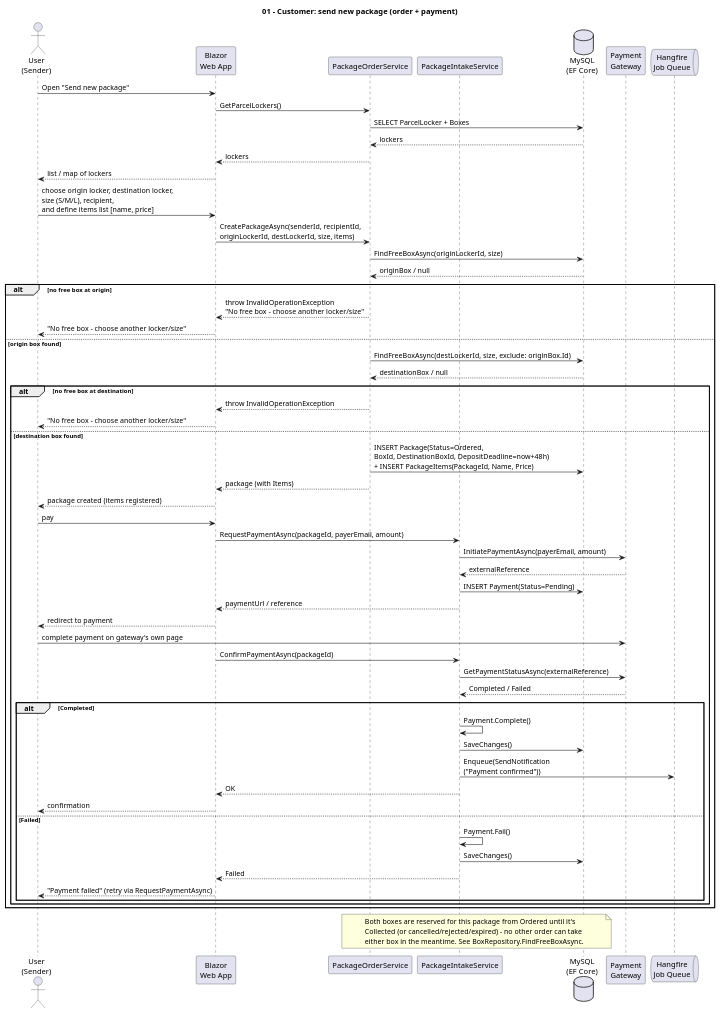
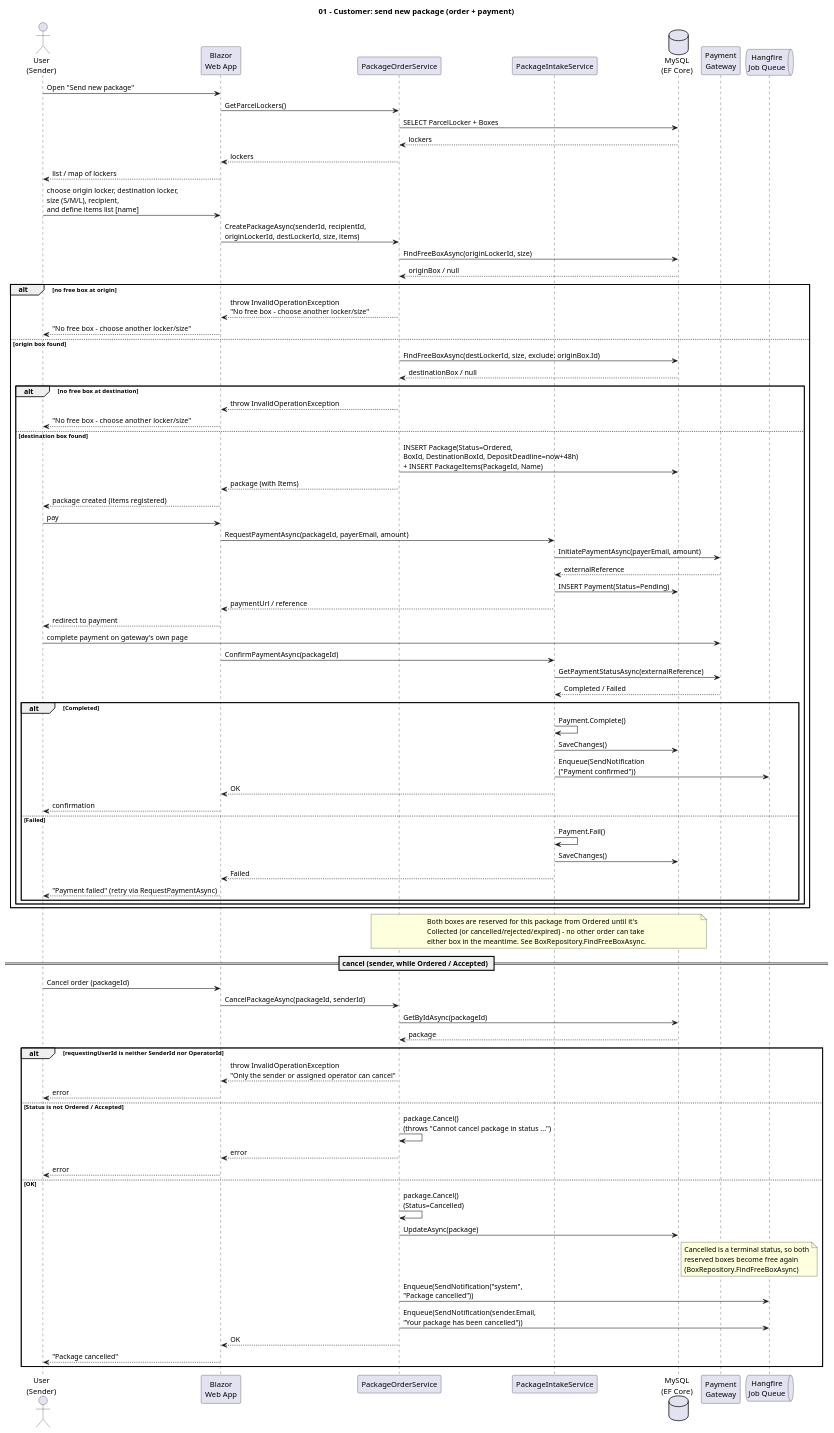
Before and after one commit to AGH-ISI-projects/package-management: the first of 6 diagrams in krzycha/docs/nowe/sekwencje/sequence-diagrams.puml, drawn with PlantUML. The commit also changed other lines of this file and 2 other files, not shown here.

Commit message:
diagramy ogarniete

```diff
--- a/krzycha/docs/nowe/sekwencje/sequence-diagrams.puml
+++ b/krzycha/docs/nowe/sekwencje/sequence-diagrams.puml
@@ -5,74 +5,101 @@
 @startuml 01-order-and-payment
 title 01 - Customer: send new package (order + payment)
 
 actor "User\n(Sender)" as Sender
 participant "Blazor\nWeb App" as Web
 participant "PackageOrderService" as OrderSvc
 participant "PackageIntakeService" as IntakeSvc
 database "MySQL\n(EF Core)" as DB
 participant "Payment\nGateway" as Gateway
 queue "Hangfire\nJob Queue" as Hangfire
 
 Sender -> Web: Open "Send new package"
 Web -> OrderSvc: GetParcelLockers()
 OrderSvc -> DB: SELECT ParcelLocker + Boxes
 DB --> OrderSvc: lockers
 OrderSvc --> Web: lockers
 Web --> Sender: list / map of lockers
 
-Sender -> Web: choose origin locker, destination locker,\nsize (S/M/L), recipient,\nand define items list [name, price]
+Sender -> Web: choose origin locker, destination locker,\nsize (S/M/L), recipient,\nand define items list [name]
 
 Web -> OrderSvc: CreatePackageAsync(senderId, recipientId,\noriginLockerId, destLockerId, size, items)
 OrderSvc -> DB: FindFreeBoxAsync(originLockerId, size)
 DB --> OrderSvc: originBox / null
 
 alt no free box at origin
     OrderSvc --> Web: throw InvalidOperationException\n"No free box - choose another locker/size"
     Web --> Sender: "No free box - choose another locker/size"
 else origin box found
     OrderSvc -> DB: FindFreeBoxAsync(destLockerId, size, exclude: originBox.Id)
     DB --> OrderSvc: destinationBox / null
 
     alt no free box at destination
         OrderSvc --> Web: throw InvalidOperationException
         Web --> Sender: "No free box - choose another locker/size"
     else destination box found
-        OrderSvc -> DB: INSERT Package(Status=Ordered,\nBoxId, DestinationBoxId, DepositDeadline=now+48h)\n+ INSERT PackageItems(PackageId, Name, Price)
+        OrderSvc -> DB: INSERT Package(Status=Ordered,\nBoxId, DestinationBoxId, DepositDeadline=now+48h)\n+ INSERT PackageItems(PackageId, Name)
         OrderSvc --> Web: package (with Items)
         Web --> Sender: package created (items registered)
 
         Sender -> Web: pay
         Web -> IntakeSvc: RequestPaymentAsync(packageId, payerEmail, amount)
         IntakeSvc -> Gateway: InitiatePaymentAsync(payerEmail, amount)
         Gateway --> IntakeSvc: externalReference
         IntakeSvc -> DB: INSERT Payment(Status=Pending)
         IntakeSvc --> Web: paymentUrl / reference
         Web --> Sender: redirect to payment
 
         Sender -> Gateway: complete payment on gateway's own page
         Web -> IntakeSvc: ConfirmPaymentAsync(packageId)
         IntakeSvc -> Gateway: GetPaymentStatusAsync(externalReference)
         Gateway --> IntakeSvc: Completed / Failed
 
         alt Completed
             IntakeSvc -> IntakeSvc: Payment.Complete()
             IntakeSvc -> DB: SaveChanges()
             IntakeSvc -> Hangfire: Enqueue(SendNotification\n("Payment confirmed"))
             IntakeSvc --> Web: OK
             Web --> Sender: confirmation
         else Failed
             IntakeSvc -> IntakeSvc: Payment.Fail()
             IntakeSvc -> DB: SaveChanges()
             IntakeSvc --> Web: Failed
             Web --> Sender: "Payment failed" (retry via RequestPaymentAsync)
         end
     end
 end
 
 note over OrderSvc, DB
   Both boxes are reserved for this package from Ordered until it's
   Collected (or cancelled/rejected/expired) - no other order can take
   either box in the meantime. See BoxRepository.FindFreeBoxAsync.
 end note
 
+== cancel (sender, while Ordered / Accepted) ==
+Sender -> Web: Cancel order (packageId)
+Web -> OrderSvc: CancelPackageAsync(packageId, senderId)
+OrderSvc -> DB: GetByIdAsync(packageId)
+DB --> OrderSvc: package
+
+alt requestingUserId is neither SenderId nor OperatorId
+    OrderSvc --> Web: throw InvalidOperationException\n"Only the sender or assigned operator can cancel"
+    Web --> Sender: error
+else Status is not Ordered / Accepted
+    OrderSvc -> OrderSvc: package.Cancel()\n(throws "Cannot cancel package in status ...")
+    OrderSvc --> Web: error
+    Web --> Sender: error
+else OK
+    OrderSvc -> OrderSvc: package.Cancel()\n(Status=Cancelled)
+    OrderSvc -> DB: UpdateAsync(package)
+    note right of DB
+      Cancelled is a terminal status, so both
+      reserved boxes become free again
+      (BoxRepository.FindFreeBoxAsync)
+    end note
+    OrderSvc -> Hangfire: Enqueue(SendNotification("system",\n"Package cancelled"))
+    OrderSvc -> Hangfire: Enqueue(SendNotification(sender.Email,\n"Your package has been cancelled"))
+    OrderSvc --> Web: OK
+    Web --> Sender: "Package cancelled"
+end
+
 @enduml
```
